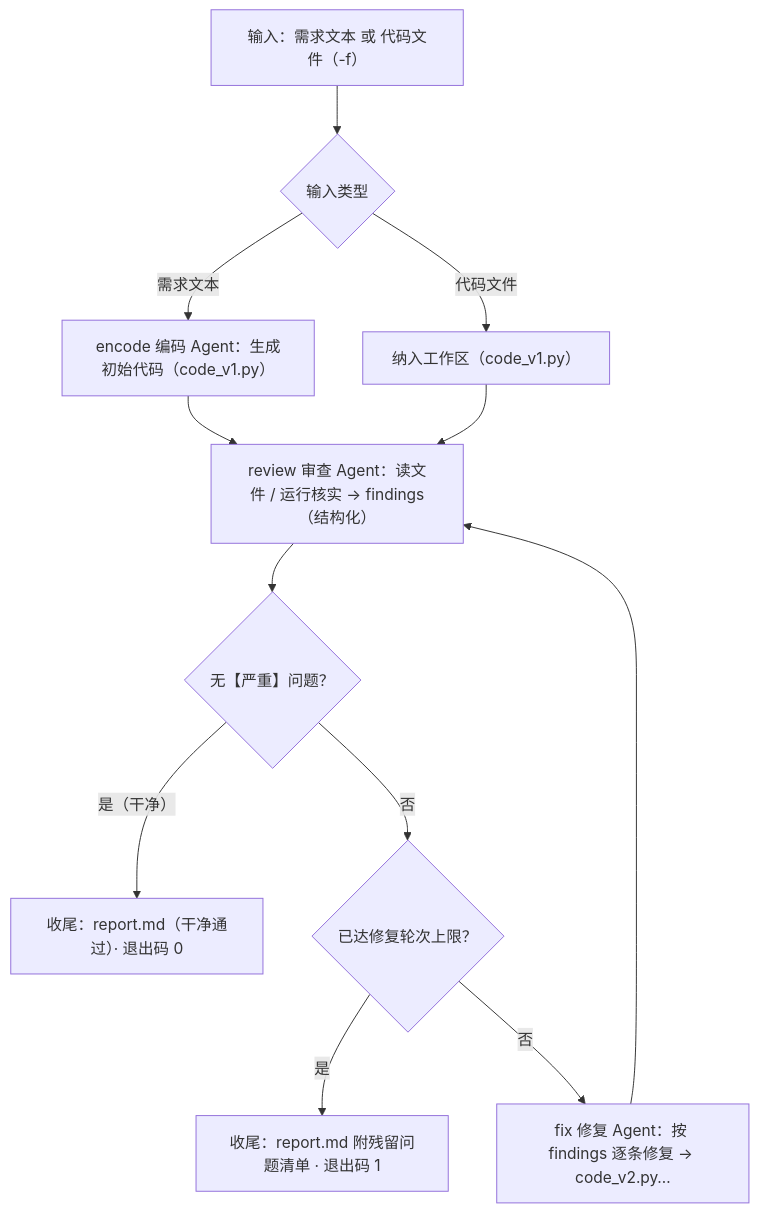
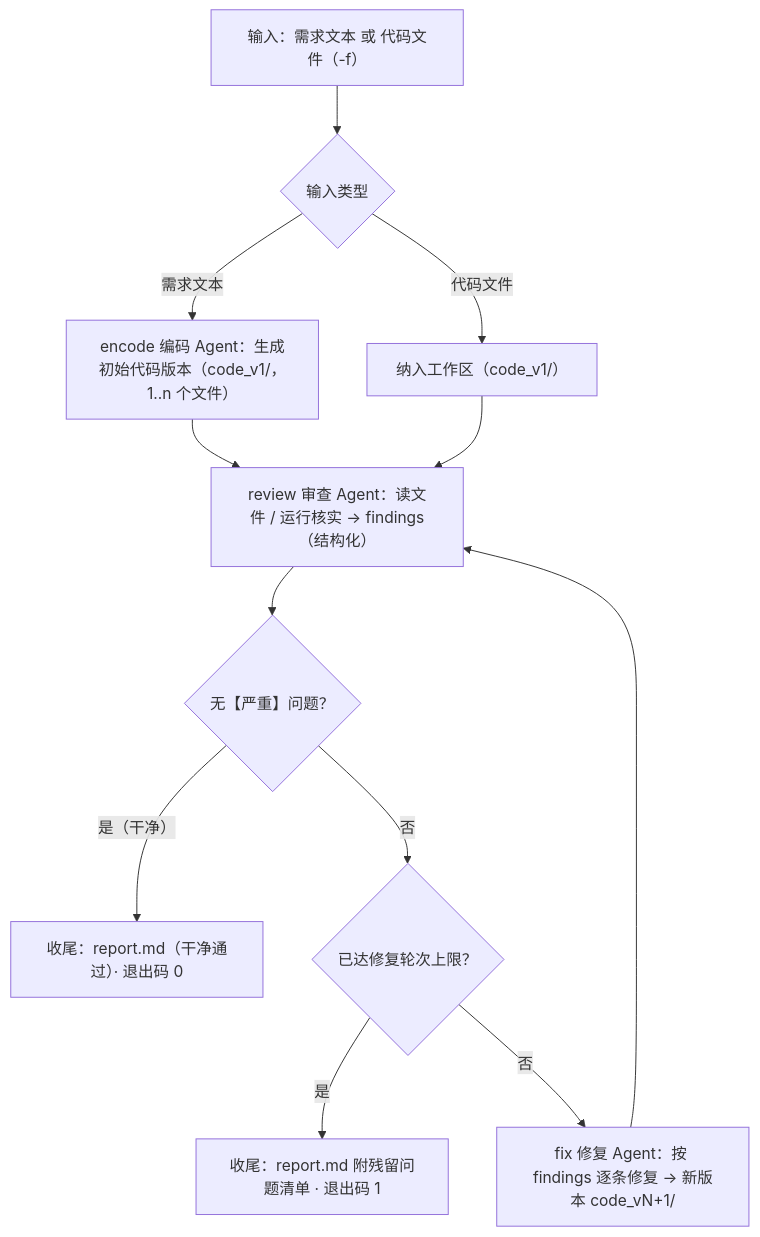
Before and after one commit to StyxNether/code-review-workflow: the diagram in docs/Design.md, drawn with Mermaid. The commit also changed other lines of this file and 39 other files, not shown here.

````diff
--- a/docs/Design.md
+++ b/docs/Design.md
@@ -105,14 +105,14 @@
 ```mermaid
 flowchart TD
     A["输入：需求文本 或 代码文件（-f）"] --> B{"输入类型"}
-    B -- "需求文本" --> C["encode 编码 Agent：生成初始代码（code_v1.py）"]
-    B -- "代码文件" --> D["纳入工作区（code_v1.py）"]
+    B -- "需求文本" --> C["encode 编码 Agent：生成初始代码版本（code_v1/，1..n 个文件）"]
+    B -- "代码文件" --> D["纳入工作区（code_v1/）"]
     C --> E["review 审查 Agent：读文件 / 运行核实 → findings（结构化）"]
     D --> E
     E --> F{"无【严重】问题？"}
     F -- "是（干净）" --> G["收尾：report.md（干净通过）· 退出码 0"]
     F -- "否" --> H{"已达修复轮次上限？"}
     H -- "是" --> I["收尾：report.md 附残留问题清单 · 退出码 1"]
-    H -- "否" --> J["fix 修复 Agent：按 findings 逐条修复 → code_v2.py…"]
+    H -- "否" --> J["fix 修复 Agent：按 findings 逐条修复 → 新版本 code_vN+1/"]
     J --> E
 ```
````
